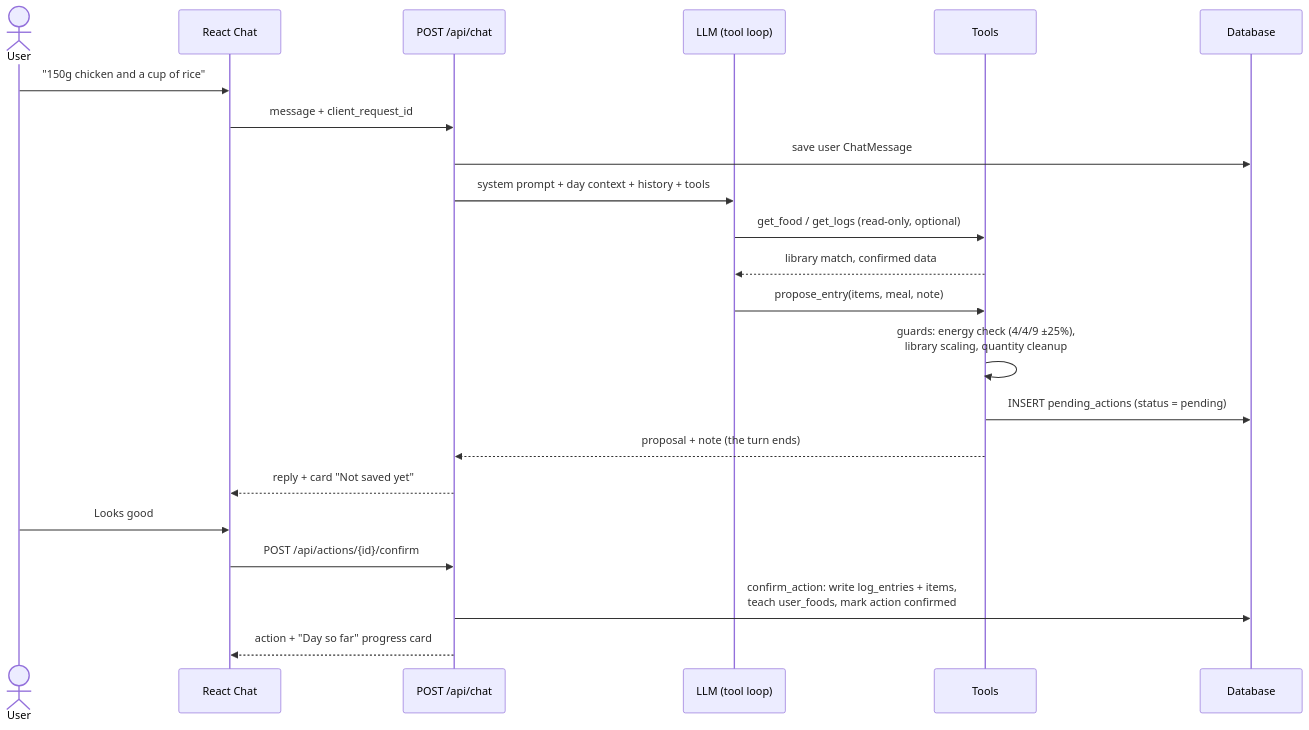
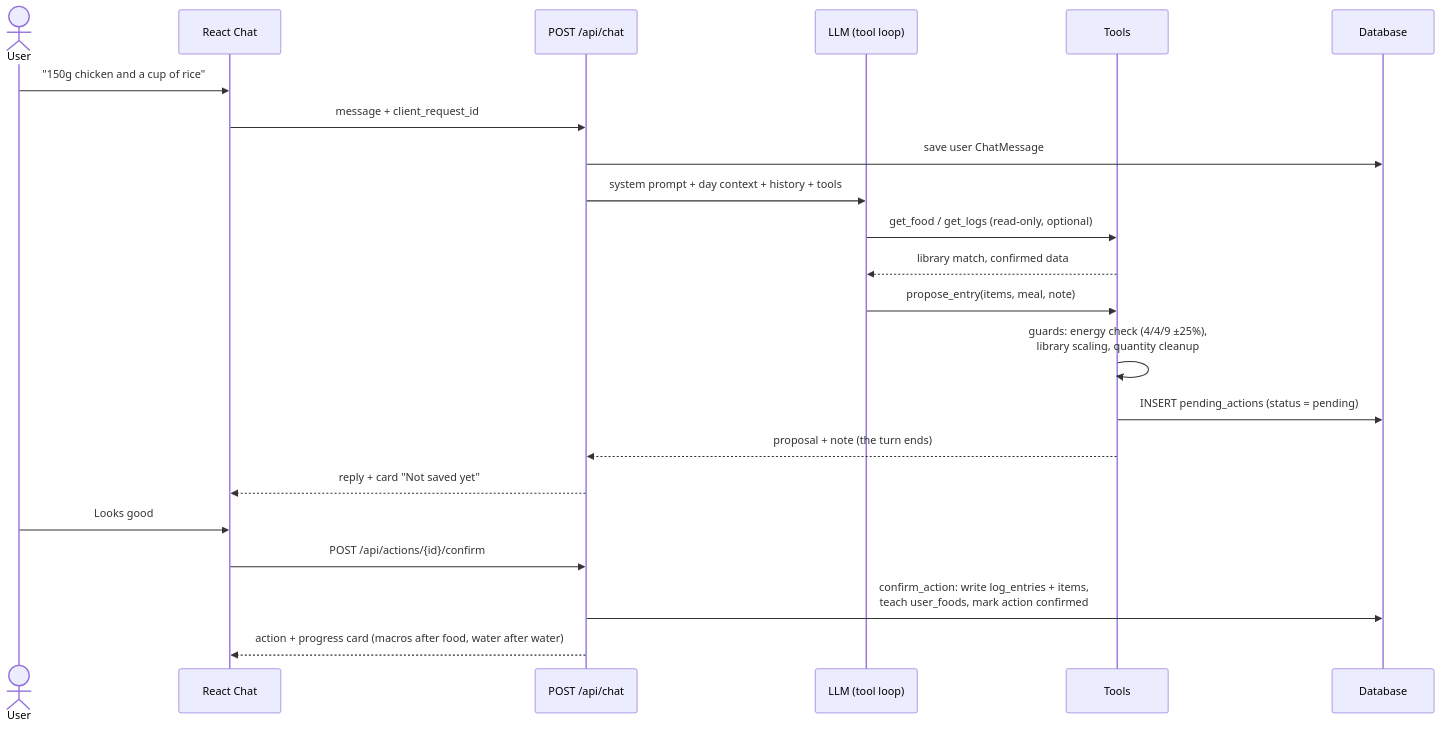
The fourth of 8 diagrams in docs/hld.md (NeoAnushka21/tracker_poc), drawn with Mermaid before and after one commit. The commit also changed other lines of this file and 11 other files, not shown here.

First line of the commit message:
Water card after water logs; separate macro and water tiles; Dashboard order macros, micros, water

````diff
--- a/docs/hld.md
+++ b/docs/hld.md
@@ -83,25 +83,25 @@
 ```mermaid
 sequenceDiagram
     actor User
     participant UI as React Chat
     participant API as POST /api/chat
     participant LLM as LLM (tool loop)
     participant T as Tools
     participant DB as Database
 
     User->>UI: "150g chicken and a cup of rice"
     UI->>API: message + client_request_id
     API->>DB: save user ChatMessage
     API->>LLM: system prompt + day context + history + tools
     LLM->>T: get_food / get_logs (read-only, optional)
     T-->>LLM: library match, confirmed data
     LLM->>T: propose_entry(items, meal, note)
     T->>T: guards: energy check (4/4/9 ±25%),<br/>library scaling, quantity cleanup
     T->>DB: INSERT pending_actions (status = pending)
     T-->>API: proposal + note (the turn ends)
     API-->>UI: reply + card "Not saved yet"
     User->>UI: Looks good
     UI->>API: POST /api/actions/{id}/confirm
     API->>DB: confirm_action: write log_entries + items,<br/>teach user_foods, mark action confirmed
-    API-->>UI: action + "Day so far" progress card
+    API-->>UI: action + progress card (macros after food, water after water)
 ```
````
